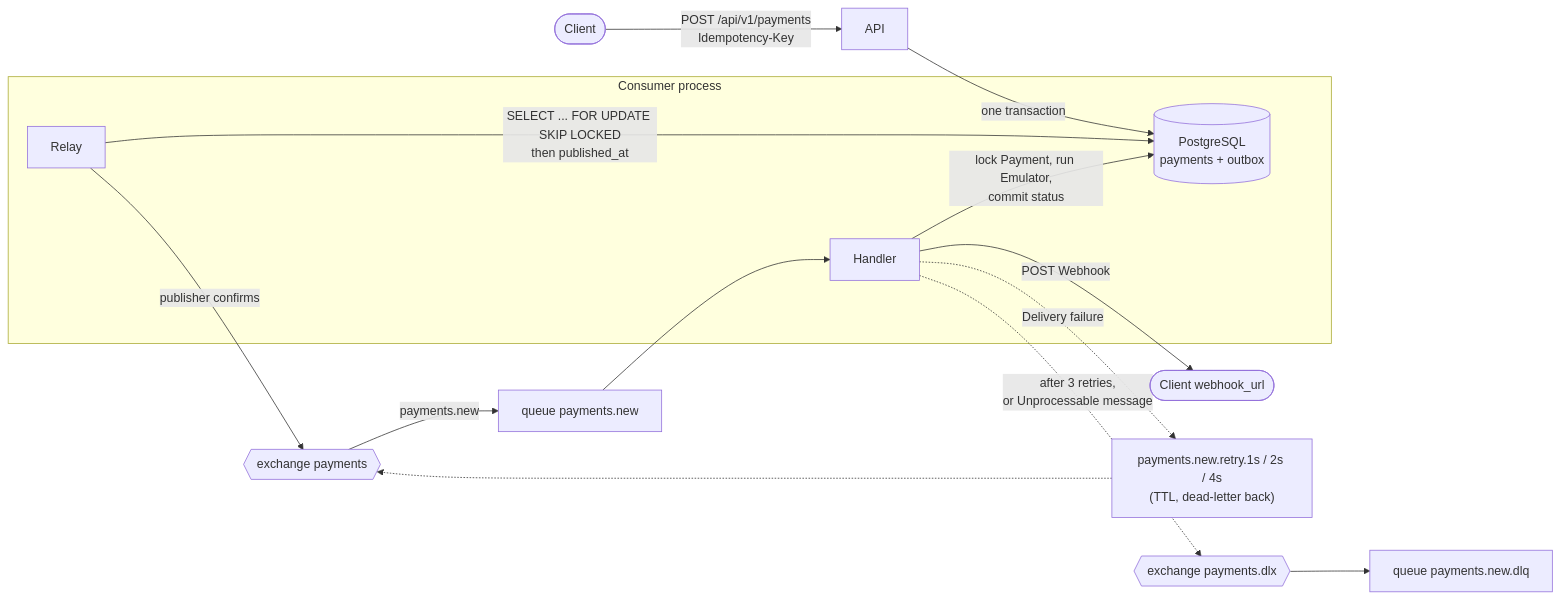
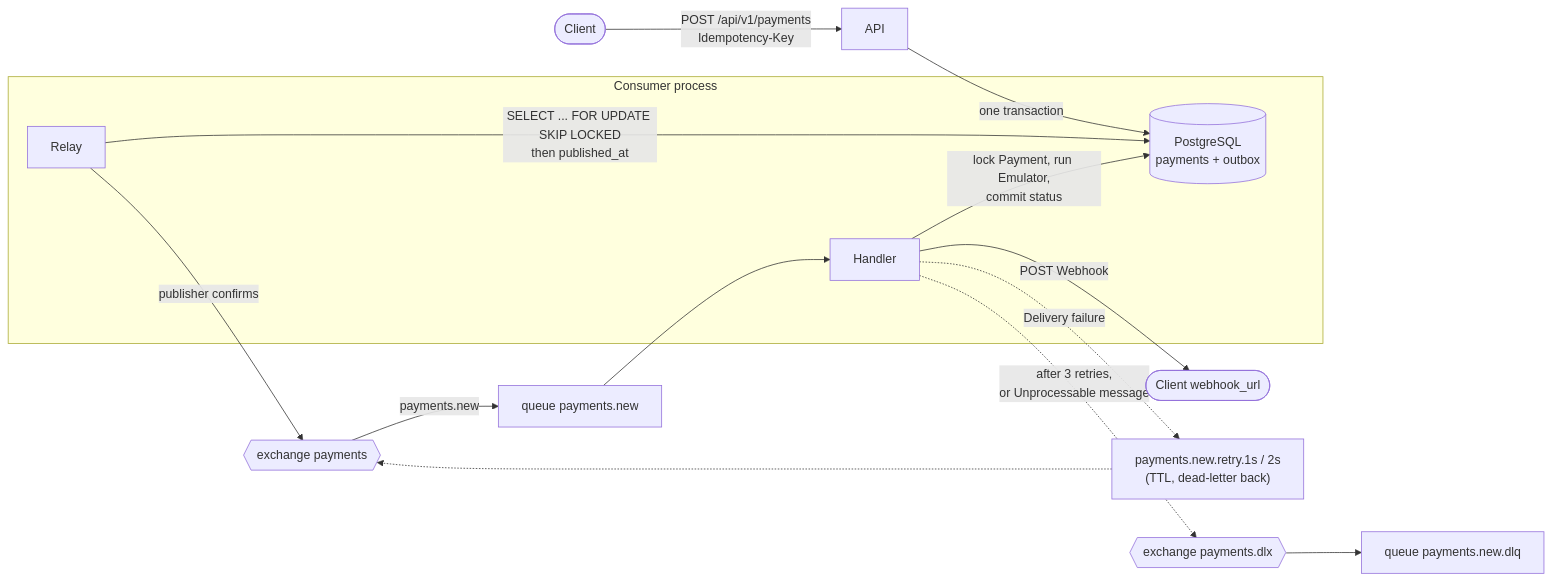
The diagram in README.md (AndreiSerov/test-proj-mccbasis), drawn with Mermaid before and after one commit. The commit also changed other lines of this file and 10 other files, not shown here.

````diff
--- a/README.md
+++ b/README.md
@@ -11,18 +11,18 @@
 ```mermaid
 flowchart LR
     Client([Client]) -->|"POST /api/v1/payments<br/>Idempotency-Key"| API
     API -->|"one transaction"| PG[("PostgreSQL<br/>payments + outbox")]
     subgraph Consumer process
         Relay -->|"SELECT ... FOR UPDATE SKIP LOCKED<br/>then published_at"| PG
         Handler
     end
     Relay -->|"publisher confirms"| EX{{"exchange payments"}}
     EX -->|payments.new| Q["queue payments.new"]
     Q --> Handler
     Handler -->|"lock Payment, run Emulator,<br/>commit status"| PG
     Handler -->|"POST Webhook"| Hook([Client webhook_url])
-    Handler -.->|"Delivery failure"| R["payments.new.retry.1s / 2s / 4s<br/>(TTL, dead-letter back)"]
+    Handler -.->|"Delivery failure"| R["payments.new.retry.1s / 2s<br/>(TTL, dead-letter back)"]
     R -.-> EX
     Handler -.->|"after 3 retries,<br/>or Unprocessable message"| DLX{{"exchange payments.dlx"}}
     DLX --> DLQ["queue payments.new.dlq"]
 ```
````
